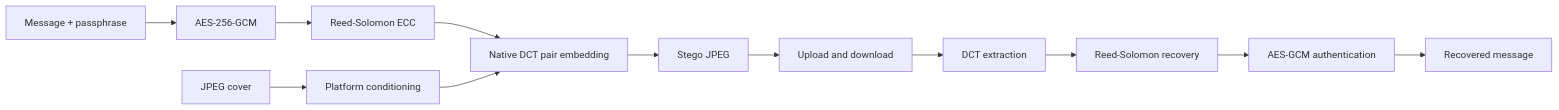
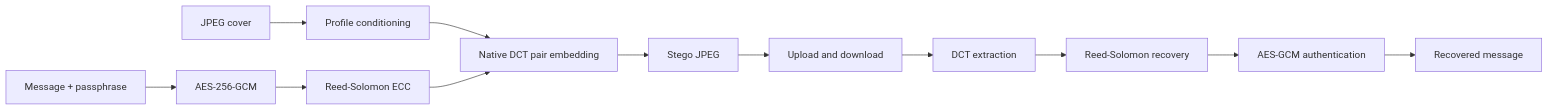
One commit to Arman-Khan-24/ShadowPost changed the diagram in README.md. Above: the diagram before and after it, drawn with Mermaid. The commit also changed other lines of this file and 2 other files, not shown here.

````diff
--- a/README.md
+++ b/README.md
@@ -50,14 +254,14 @@
 ```mermaid
 flowchart LR
-    A[Message + passphrase] --> B[AES-256-GCM]
-    B --> C[Reed-Solomon ECC]
-    D[JPEG cover] --> E[Platform conditioning]
-    C --> F[Native DCT pair embedding]
-    E --> F
-    F --> G[Stego JPEG]
-    G --> H[Upload and download]
-    H --> I[DCT extraction]
-    I --> J[Reed-Solomon recovery]
-    J --> K[AES-GCM authentication]
-    K --> L[Recovered message]
+    MSG[Message + passphrase] --> AES[AES-256-GCM]
+    AES --> ECC[Reed-Solomon ECC]
+    COVER[JPEG cover] --> PROFILE[Profile conditioning]
+    PROFILE --> DCT[Native DCT pair embedding]
+    ECC --> DCT
+    DCT --> STEGO[Stego JPEG]
+    STEGO --> DELIVERY[Upload and download]
+    DELIVERY --> EXTRACT[DCT extraction]
+    EXTRACT --> RS[Reed-Solomon recovery]
+    RS --> AUTH[AES-GCM authentication]
+    AUTH --> RECOVER[Recovered message]
 ```
````
